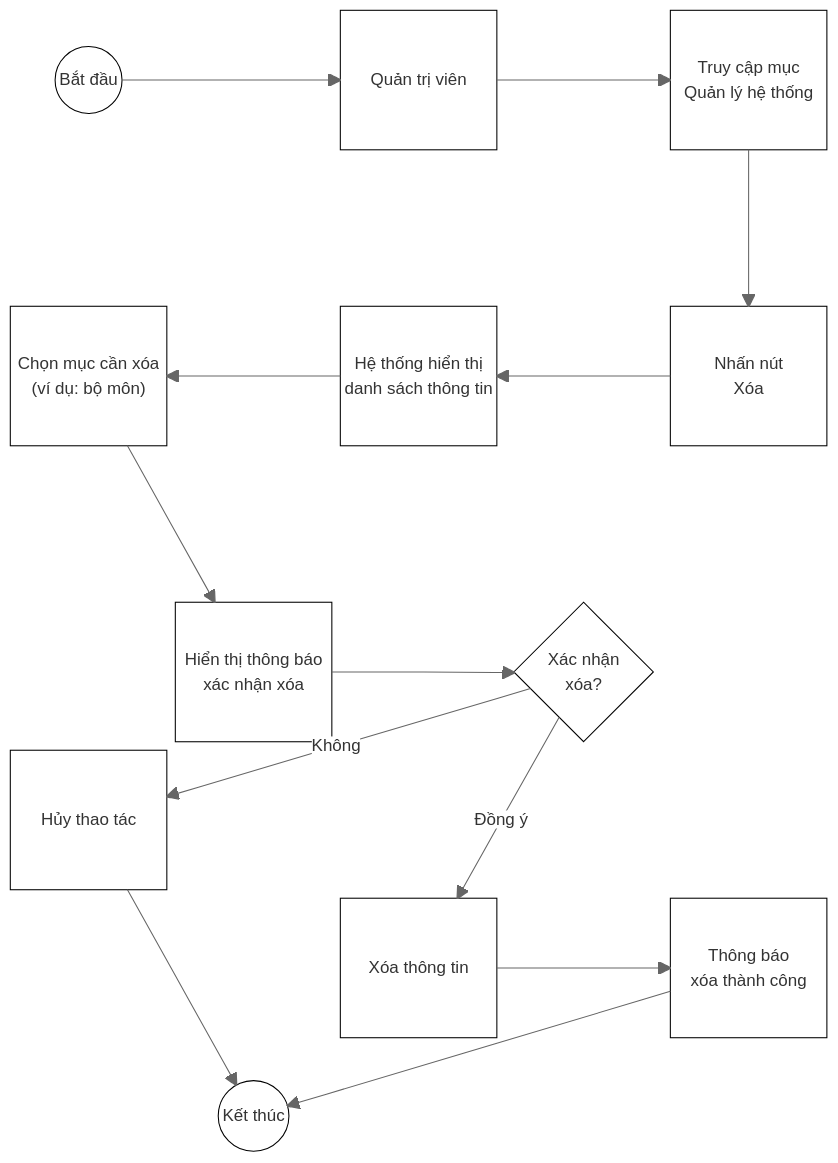
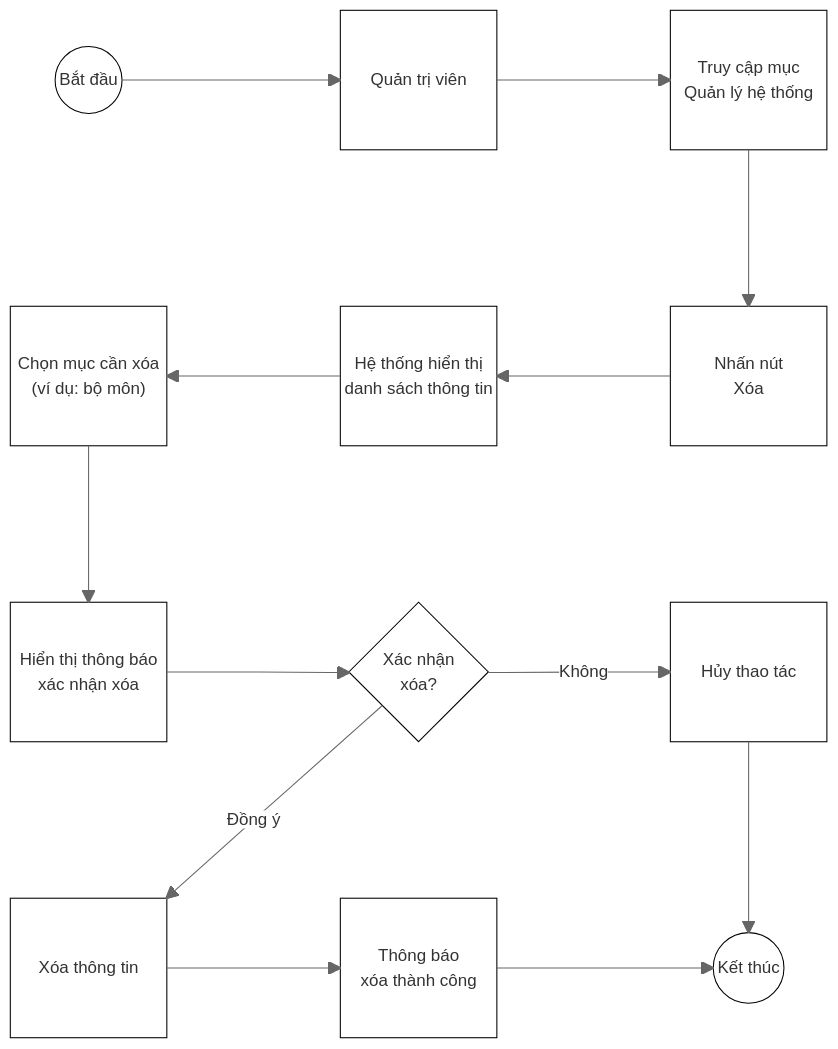
Before and after one commit to Tuyet213/exam_bank: the diagram in mermaid/xoa_thong_tin_co_ban.md, drawn with Mermaid (neutral theme). The commit also changed 2 other files, not shown here.

Commit message:
update mermaid

````diff
--- a/mermaid/xoa_thong_tin_co_ban.md
+++ b/mermaid/xoa_thong_tin_co_ban.md
@@ -1,34 +1,34 @@
 ```mermaid
 block-beta
     columns 5
     
     A(("Bắt đầu")) space B["Quản trị viên"] space C["Truy cập mục\nQuản lý hệ thống"]
     
     space:5
     
     F["Chọn mục cần xóa\n(ví dụ: bộ môn)"] space E["Hệ thống hiển thị\ndanh sách thông tin"] space D["Nhấn nút\nXóa"]
     
     space:5
     
-    space G["Hiển thị thông báo\nxác nhận xóa"] space H{"Xác nhận\nxóa?"} space I["Hủy thao tác"]
+    G["Hiển thị thông báo\nxác nhận xóa"] space H{"Xác nhận\nxóa?"} space I["Hủy thao tác"]
     
     space:5
     
-    space J["Xóa thông tin"] space K["Thông báo\nxóa thành công"] space L(("Kết thúc"))
+    J["Xóa thông tin"] space K["Thông báo\nxóa thành công"] space L(("Kết thúc"))
     
     A --> B
     B --> C
     C --> D
     D --> E
     E --> F
     F --> G
     G --> H
     H -- "Đồng ý" --> J
     H -- "Không" --> I
     I --> L
     J --> K
     K --> L
 
     classDef WHITE fill: #fff, stroke: #000
     class A,B,C,D,E,F,G,H,I,J,K,L,M,N,O,P,Q,R,X,T,U,V,W,X,Y,Z WHITE
 ``` 
````
